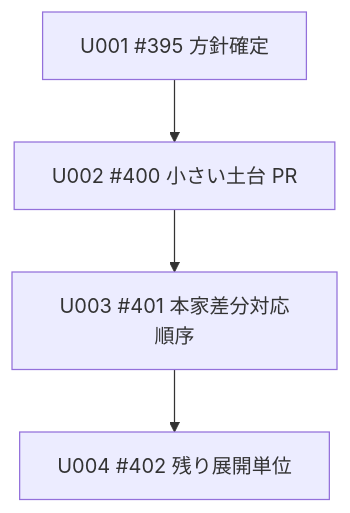
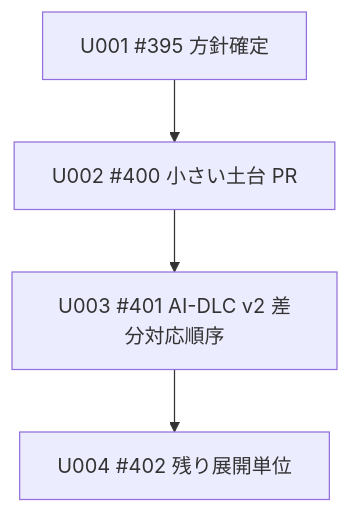
The diagram in aidlc/spaces/default/intents/260703-amadeus-skill-english-rollout-plan/inception/units-generation/unit-of-work-dependency.md (amadeus-dlc/amadeus), drawn with Mermaid before and after one commit. The commit also changed other lines of this file and 23 other files, not shown here.

````diff
--- a/aidlc/spaces/default/intents/260703-amadeus-skill-english-rollout-plan/inception/units-generation/unit-of-work-dependency.md
+++ b/aidlc/spaces/default/intents/260703-amadeus-skill-english-rollout-plan/inception/units-generation/unit-of-work-dependency.md
@@ -21,11 +21,11 @@
 ```mermaid
 flowchart TD
   u001["U001 #395 方針確定"]
   u002["U002 #400 小さい土台 PR"]
-  u003["U003 #401 本家差分対応順序"]
+  u003["U003 #401 AI-DLC v2 差分対応順序"]
   u004["U004 #402 残り展開単位"]
 
   u001 --> u002
   u002 --> u003
   u003 --> u004
 ```
````
